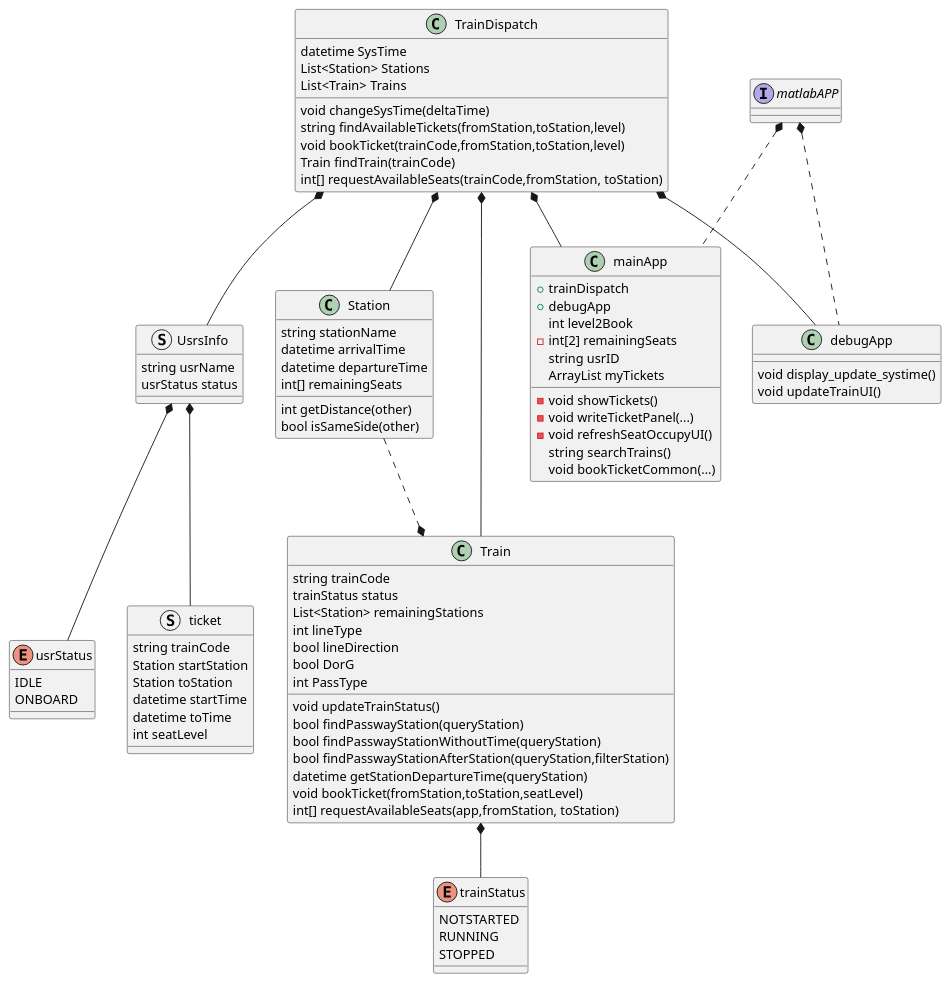
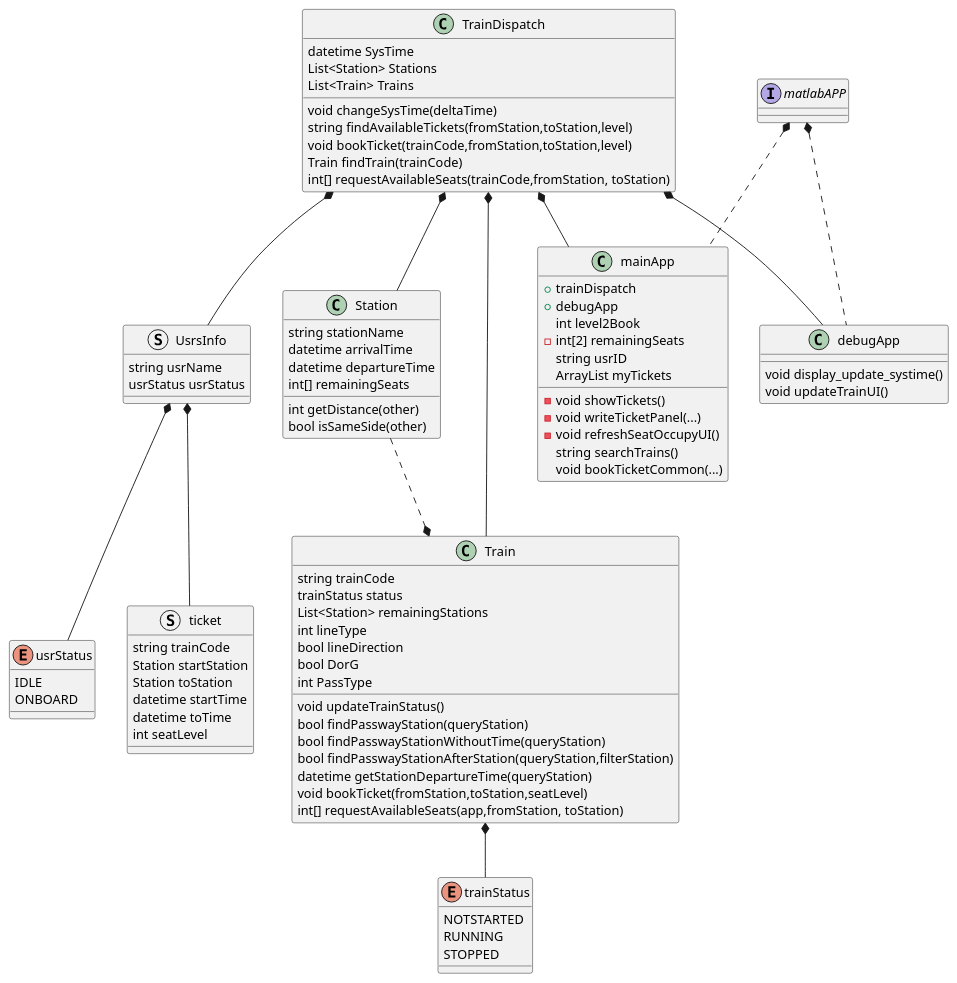
The diagram in docs/UML/ClassDiagram.puml (arnoliudaxia/CS132-12306), drawn with PlantUML before and after one commit. The commit also changed 4 other files, not shown here.

```diff
--- a/docs/UML/ClassDiagram.puml
+++ b/docs/UML/ClassDiagram.puml
@@ -1,115 +1,115 @@
 @startuml
 'https://plantuml.com/class-diagram
 
 class TrainDispatch{
 datetime SysTime
 List<Station> Stations
 List<Train> Trains
 
 
 void changeSysTime(deltaTime)
 string findAvailableTickets(fromStation,toStation,level)
 void bookTicket(trainCode,fromStation,toStation,level)
 Train findTrain(trainCode)
 int[] requestAvailableSeats(trainCode,fromStation, toStation)
 
 }
 
 class Train{
  string trainCode
  trainStatus status
  List<Station> remainingStations
  int lineType
  bool lineDirection
  bool DorG
  int PassType
 
  void updateTrainStatus()
  bool findPasswayStation(queryStation)
  bool findPasswayStationWithoutTime(queryStation)
  bool findPasswayStationAfterStation(queryStation,filterStation)
  datetime getStationDepartureTime(queryStation)
  void bookTicket(fromStation,toStation,seatLevel)
 int[] requestAvailableSeats(app,fromStation, toStation)
 
 }
 
 class Station{
     string stationName
     datetime arrivalTime
     datetime departureTime
  int[] remainingSeats
 
 
     int getDistance(other)
     bool isSameSide(other)
 }
 
 TrainDispatch *-- Train
 TrainDispatch *-- Station
 
 
 Station ..* Train
 
 
 
 enum trainStatus{
     NOTSTARTED
     RUNNING
     STOPPED
 }
 
 Train *-- trainStatus
 
 interface matlabAPP{
 
 }
 
 class debugApp{
     void display_update_systime()
     void updateTrainUI()
 }
 TrainDispatch *-- debugApp
 matlabAPP *.. debugApp
 
 class mainApp{
     +trainDispatch
     +debugApp
     int level2Book
     -int[2] remainingSeats
     string usrID
     ArrayList myTickets
 
     -void showTickets()
     -void writeTicketPanel(...)
     -void refreshSeatOccupyUI()
     string searchTrains()
     void bookTicketCommon(...)
 }
 enum usrStatus{
     IDLE
     ONBOARD
 }
 TrainDispatch *-- mainApp
 matlabAPP *.. mainApp
 
 struct UsrsInfo{
     string usrName
-    usrStatus status
+    usrStatus usrStatus
 }
 struct ticket{
     string trainCode
     Station startStation
     Station toStation
     datetime startTime
     datetime toTime
     int seatLevel
 }
 UsrsInfo *-- usrStatus
 UsrsInfo *-- ticket
 
 TrainDispatch *-- UsrsInfo
 
 
 
 @enduml
```
